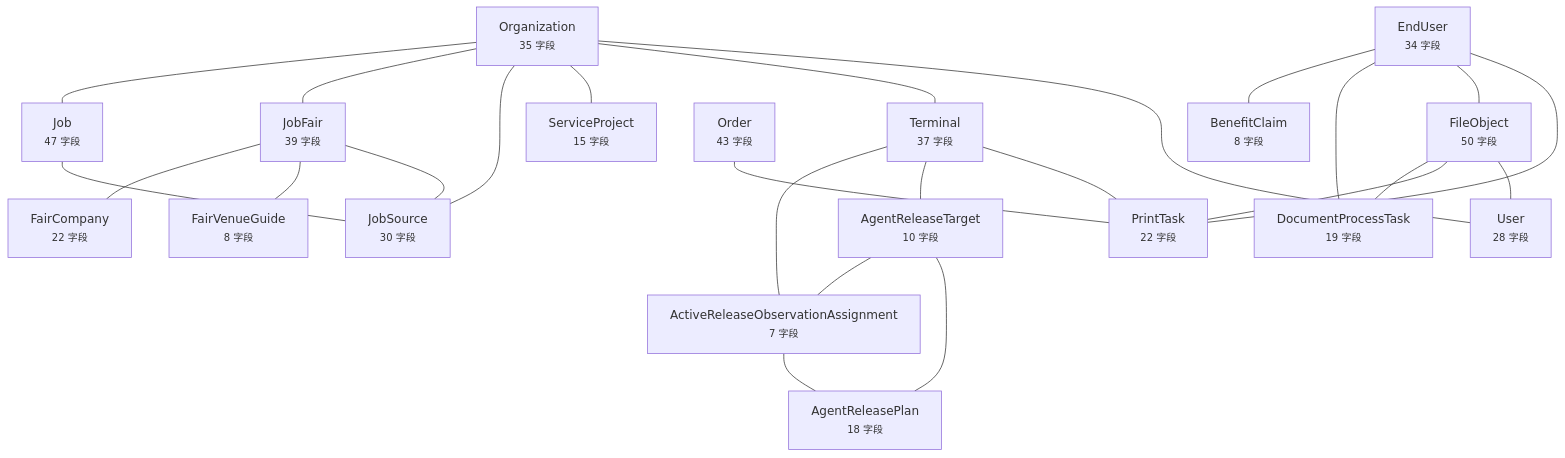
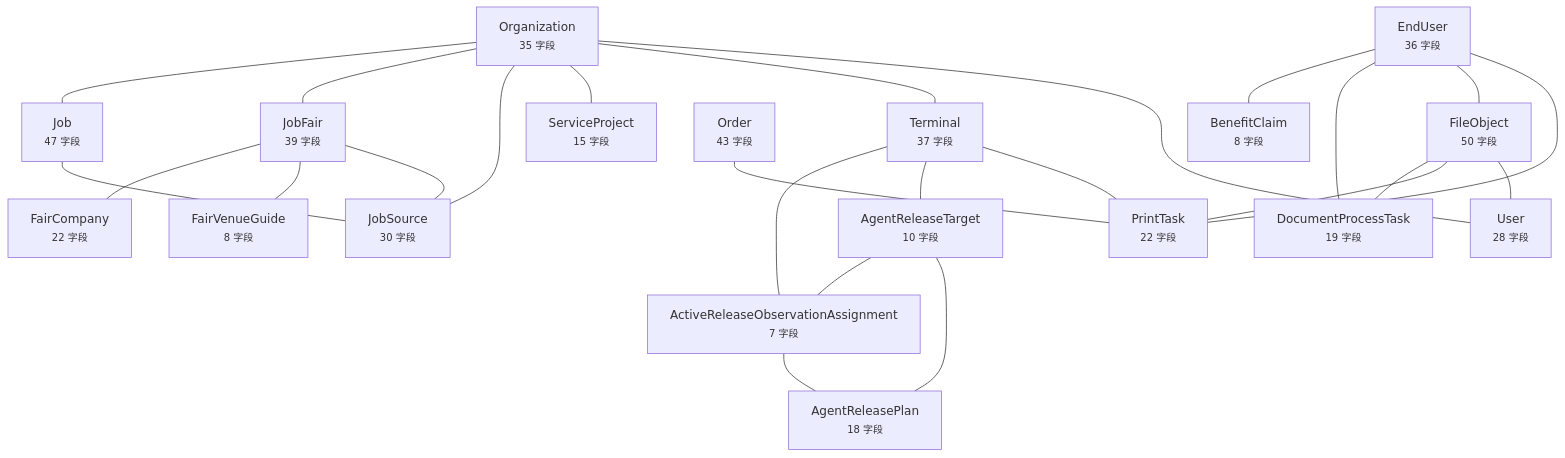
Before and after one commit to wanglei581/YITIJI: the diagram in docs/graph/data-model.md, drawn with Mermaid. The commit also changed other lines of this file and 10 other files, not shown here.

````diff
--- a/docs/graph/data-model.md
+++ b/docs/graph/data-model.md
@@ -10,45 +10,45 @@
 ```mermaid
 flowchart TD
-  EndUser["EndUser<br/><small>34 字段</small>"]
+  EndUser["EndUser<br/><small>36 字段</small>"]
   Organization["Organization<br/><small>35 字段</small>"]
   Terminal["Terminal<br/><small>37 字段</small>"]
   FileObject["FileObject<br/><small>50 字段</small>"]
   Job["Job<br/><small>47 字段</small>"]
   JobFair["JobFair<br/><small>39 字段</small>"]
   JobSource["JobSource<br/><small>30 字段</small>"]
   User["User<br/><small>28 字段</small>"]
   Order["Order<br/><small>43 字段</small>"]
   PrintTask["PrintTask<br/><small>22 字段</small>"]
   AgentReleaseTarget["AgentReleaseTarget<br/><small>10 字段</small>"]
   ServiceProject["ServiceProject<br/><small>15 字段</small>"]
   ActiveReleaseObservationAssignment["ActiveReleaseObservationAssignment<br/><small>7 字段</small>"]
   AgentReleasePlan["AgentReleasePlan<br/><small>18 字段</small>"]
   BenefitClaim["BenefitClaim<br/><small>8 字段</small>"]
   DocumentProcessTask["DocumentProcessTask<br/><small>19 字段</small>"]
   FairCompany["FairCompany<br/><small>22 字段</small>"]
   FairVenueGuide["FairVenueGuide<br/><small>8 字段</small>"]
   EndUser --- BenefitClaim
   EndUser --- DocumentProcessTask
   EndUser --- FileObject
   EndUser --- PrintTask
   Organization --- Job
   Organization --- JobFair
   Organization --- JobSource
   Organization --- ServiceProject
   Organization --- Terminal
   Organization --- User
   Terminal --- ActiveReleaseObservationAssignment
   Terminal --- AgentReleaseTarget
   Terminal --- PrintTask
   FileObject --- DocumentProcessTask
   FileObject --- PrintTask
   FileObject --- User
   Job --- JobSource
   JobFair --- FairCompany
   JobFair --- FairVenueGuide
   JobFair --- JobSource
   Order --- PrintTask
   AgentReleaseTarget --- ActiveReleaseObservationAssignment
   AgentReleaseTarget --- AgentReleasePlan
   ActiveReleaseObservationAssignment --- AgentReleasePlan
 ```
````
